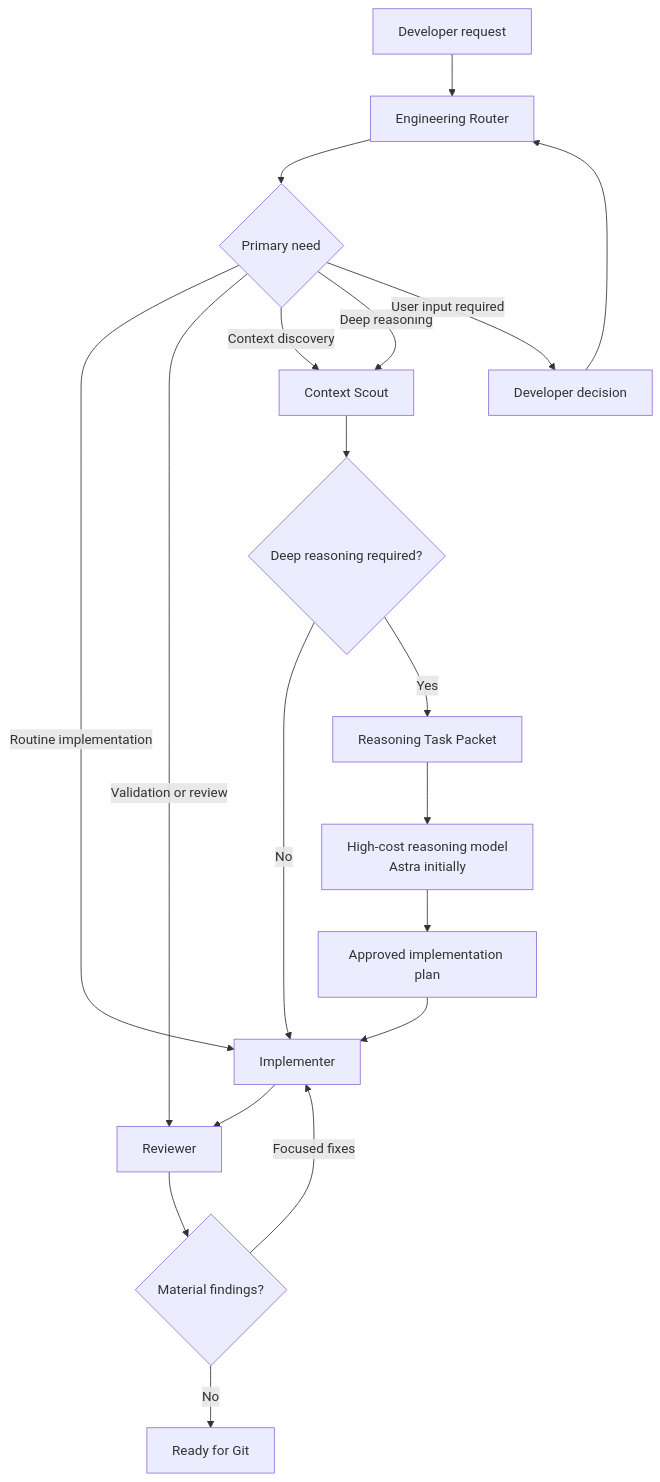
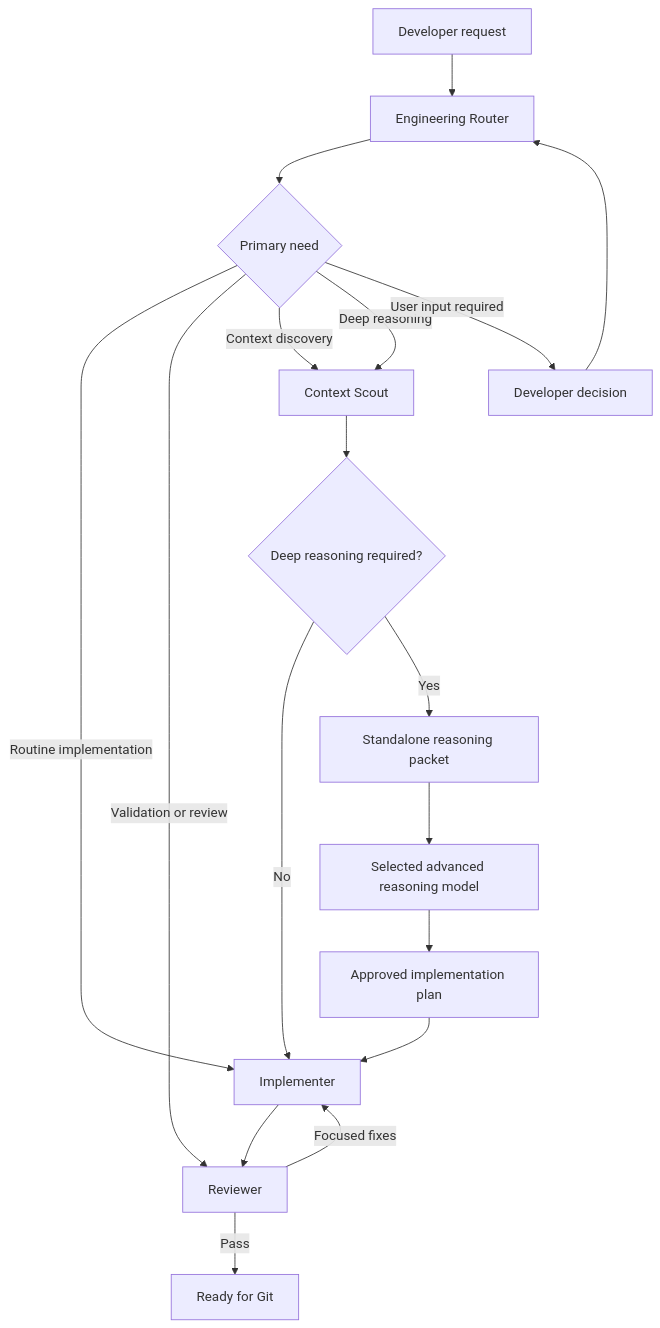
The diagram in README.md (robert-lukowski/token-gourmand), drawn with Mermaid before and after one commit. The commit also changed other lines of this file and 14 other files, not shown here.

````diff
--- a/README.md
+++ b/README.md
@@ -39,26 +34,20 @@
 ```mermaid
 flowchart TD
     A[Developer request] --> B[Engineering Router]
     B --> C{Primary need}
-
     C -->|Routine implementation| I[Implementer]
     C -->|Validation or review| R[Reviewer]
     C -->|Context discovery| S[Context Scout]
     C -->|Deep reasoning| S
     C -->|User input required| U[Developer decision]
-
     S --> D{Deep reasoning required?}
     D -->|No| I
-    D -->|Yes| P[Reasoning Task Packet]
-
-    P --> H[High-cost reasoning model<br/>Astra initially]
+    D -->|Yes| P[Standalone reasoning packet]
+    P --> H[Selected advanced reasoning model]
     H --> AP[Approved implementation plan]
     AP --> I
-
     I --> R
-    R --> F{Material findings?}
-    F -->|Focused fixes| I
-    F -->|No| G[Ready for Git]
-
+    R -->|Focused fixes| I
+    R -->|Pass| G[Ready for Git]
     U --> B
 ```
````
